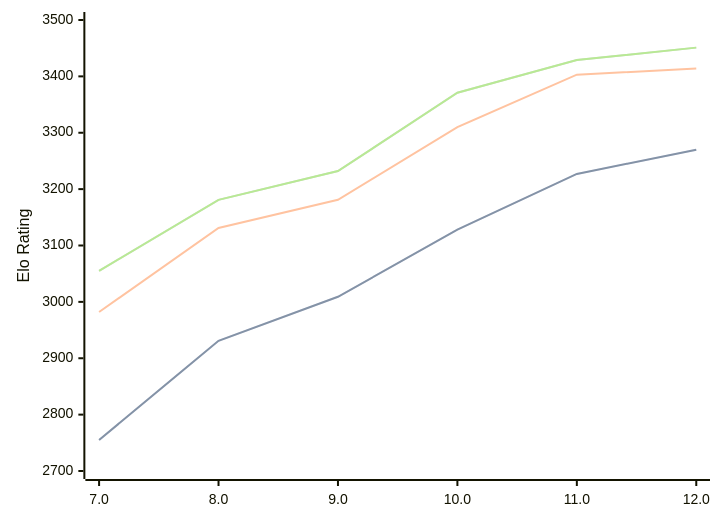
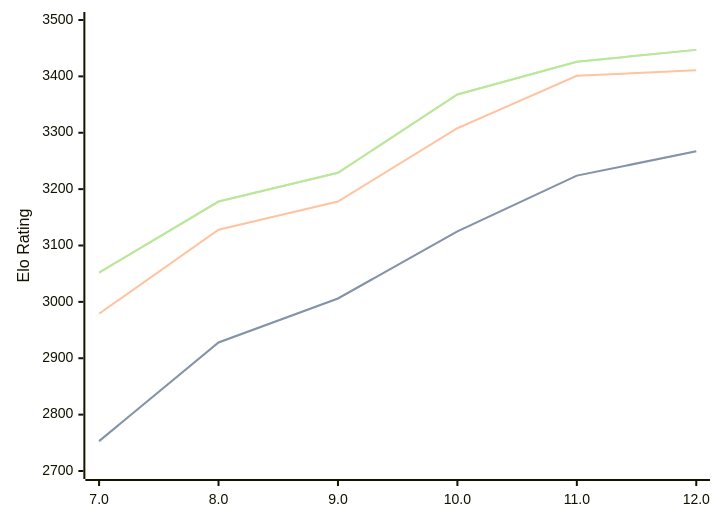
The diagram in engines/Tcheran.md (computer-chess-index/cci), drawn with Mermaid before and after one commit. The commit also changed other lines of this file, not shown here.

Commit message:
Update CCI Ratings (ELO VLTC) - 2026-06-08

````diff
--- a/engines/Tcheran.md
+++ b/engines/Tcheran.md
@@ -50,11 +50,11 @@
 ```mermaid
 %%{init: {"theme":"base","themeVariables":{"seriesColors:['#a3a3a3','#222221','#faa371']}}}%%
 xychart-beta
   x-axis ["7.0", "8.0", "9.0", "10.0", "11.0", "12.0"]
   y-axis "Elo Rating" 2700 --> 3500
-  line "STC (8.0+0.08s)" [2755, 2931, 3009, 3128, 3227, 3270]
-  line "STC (8.0+0.08s)" [2755, 2931, 3009, 3128, 3227, 3270]
-  line "LTC (60.0+0.60s)" [2982, 3131, 3181, 3310, 3403, 3414]
-  line "VLTC (2m24s+1.12s)" [3055, 3181, 3232, 3371, 3429, 3451]
-  line "VLTC (2m24s+1.12s)" [3055, 3181, 3232, 3371, 3429, 3451]
+  line "STC (8.0+0.08s)" [2753, 2928, 3006, 3125, 3224, 3267]
+  line "STC (8.0+0.08s)" [2753, 2928, 3006, 3125, 3224, 3267]
+  line "LTC (60.0+0.60s)" [2979, 3128, 3178, 3308, 3401, 3411]
+  line "VLTC (2m24s+1.12s)" [3052, 3178, 3229, 3368, 3426, 3447]
+  line "VLTC (2m24s+1.12s)" [3052, 3178, 3229, 3368, 3426, 3447]
 ```
````
